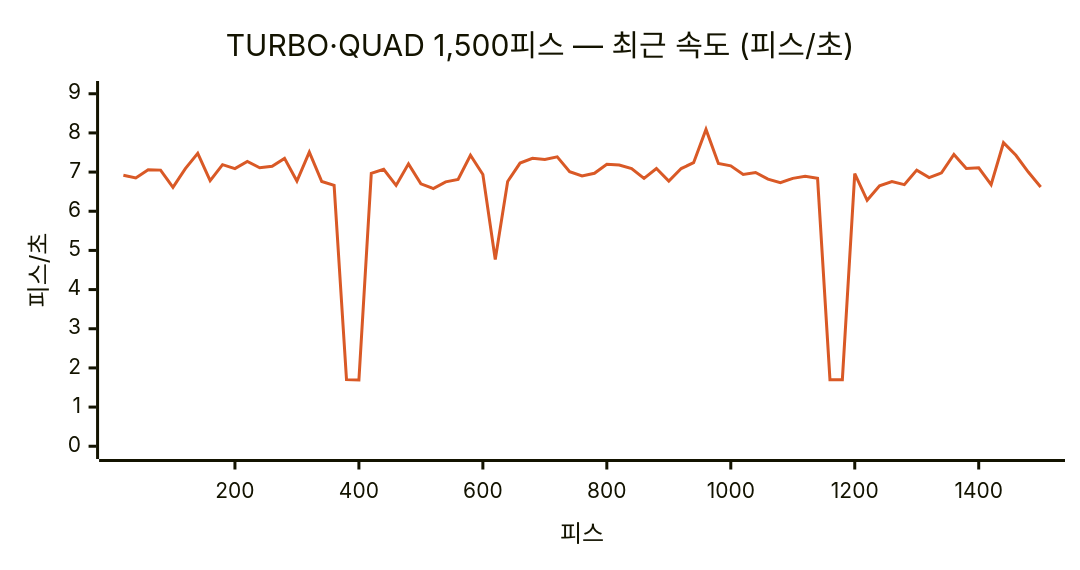
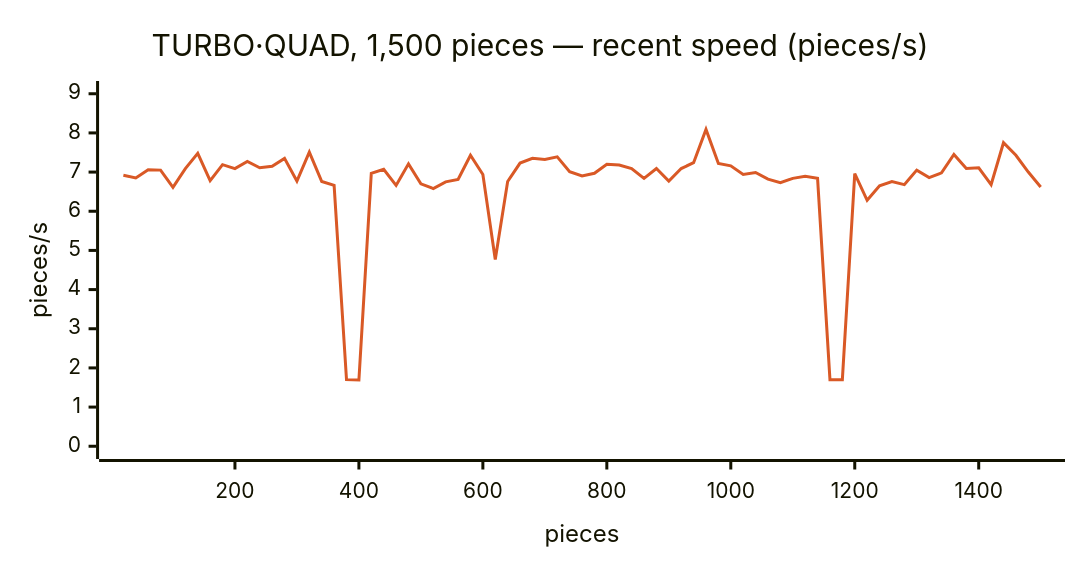
One commit to JTech-CO/Tetrio-AI changed the fifth of 5 diagrams in README.md. Above: the diagram before and after it, drawn with Mermaid. The commit also changed other lines of this file and 6 other files, not shown here.

````diff
--- a/README.md
+++ b/README.md
@@ -79,8 +152,8 @@
 ```mermaid
 %%{init: {"xyChart": {"height": 360}, "themeVariables": {"xyChart": {"plotColorPalette": "#d95926"}}}}%%
 xychart-beta
-    title "TURBO·QUAD 1,500피스 — 최근 속도 (피스/초)"
-    x-axis "피스" 20 --> 1500
-    y-axis "피스/초" 0 --> 9
+    title "TURBO·QUAD, 1,500 pieces — recent speed (pieces/s)"
+    x-axis "pieces" 20 --> 1500
+    y-axis "pieces/s" 0 --> 9
     line [6.92, 6.85, 7.06, 7.05, 6.61, 7.09, 7.48, 6.78, 7.19, 7.09, 7.27, 7.11, 7.15, 7.35, 6.77, 7.51, 6.76, 6.66, 1.7, 1.69, 6.97, 7.07, 6.66, 7.21, 6.7, 6.58, 6.75, 6.81, 7.43, 6.94, 4.77, 6.76, 7.23, 7.35, 7.32, 7.39, 7.01, 6.9, 6.97, 7.2, 7.18, 7.09, 6.84, 7.09, 6.77, 7.09, 7.24, 8.09, 7.22, 7.16, 6.94, 6.99, 6.82, 6.73, 6.84, 6.89, 6.84, 1.7, 1.7, 6.96, 6.28, 6.65, 6.76, 6.68, 7.05, 6.86, 6.98, 7.45, 7.09, 7.11, 6.68, 7.75, 7.43, 7, 6.62]
 ```
````
